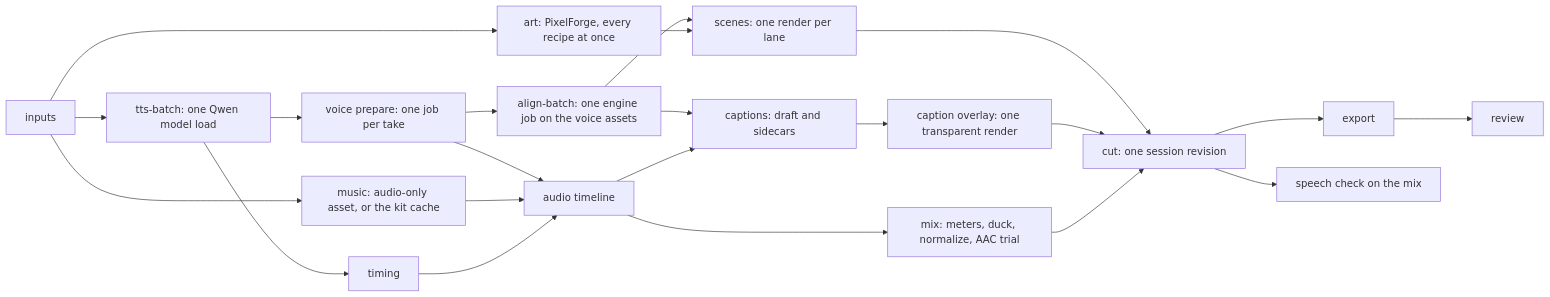
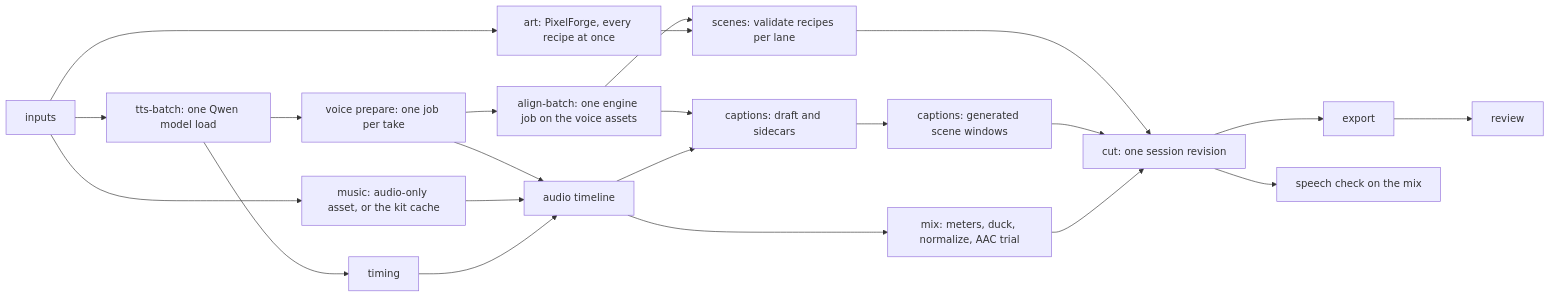
The diagram in docs/PRODUCTION.md (skulitom/Cutbolt), drawn with Mermaid before and after one commit. The commit also changed other lines of this file and 6 other files, not shown here.

Commit message:
Keep production titles and captions as generated sources

````diff
--- a/docs/PRODUCTION.md
+++ b/docs/PRODUCTION.md
@@ -162,24 +173,24 @@
 ```mermaid
 flowchart LR
     I[inputs] --> A[art: PixelForge, every recipe at once]
     I --> T[tts-batch: one Qwen model load]
     I --> M[music: audio-only asset, or the kit cache]
     T --> V[voice prepare: one job per take]
     T --> TM[timing]
     V --> AU[audio timeline]
     M --> AU
     TM --> AU
     AU --> X[mix: meters, duck, normalize, AAC trial]
     V --> L[align-batch: one engine job on the voice assets]
     L --> C[captions: draft and sidecars]
     AU --> C
-    C --> CO[caption overlay: one transparent render]
-    L --> S[scenes: one render per lane]
+    C --> CO[captions: generated scene windows]
+    L --> S[scenes: validate recipes per lane]
     A --> S
     S --> CUT[cut: one session revision]
     CO --> CUT
     X --> CUT
     CUT --> E[export]
     CUT --> SP[speech check on the mix]
     E --> R[review]
 ```
````
